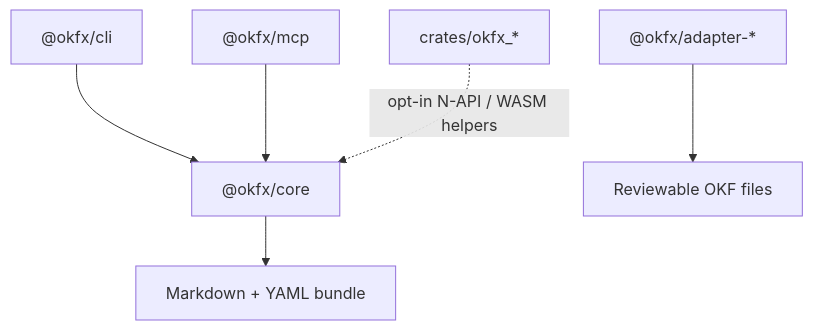
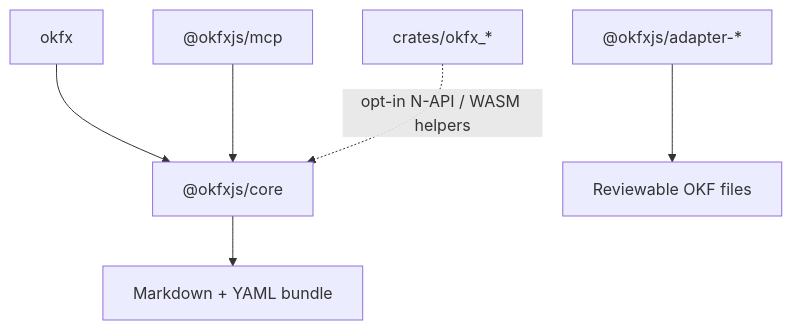
One commit to okfx/okfx changed the diagram in docs/architecture/overview.md. Above: the diagram before and after it, drawn with Mermaid. The commit also changed other lines of this file and 84 other files, not shown here.

````diff
--- a/docs/architecture/overview.md
+++ b/docs/architecture/overview.md
@@ -31,8 +31,8 @@
 ```mermaid
 flowchart TD
-  CLI["@okfx/cli"] --> Core["@okfx/core"]
-  MCP["@okfx/mcp"] --> Core
-  Adapters["@okfx/adapter-*"] --> Files["Reviewable OKF files"]
+  CLI["okfx"] --> Core["@okfxjs/core"]
+  MCP["@okfxjs/mcp"] --> Core
+  Adapters["@okfxjs/adapter-*"] --> Files["Reviewable OKF files"]
   Core --> Bundle["Markdown + YAML bundle"]
   Rust["crates/okfx_*"] -. opt-in N-API / WASM helpers .-> Core
 ```
````
